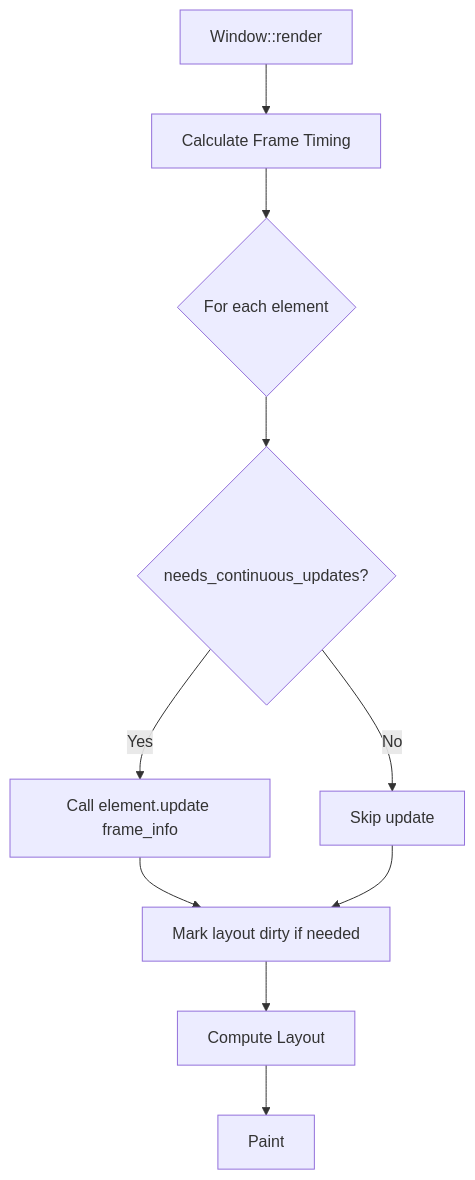
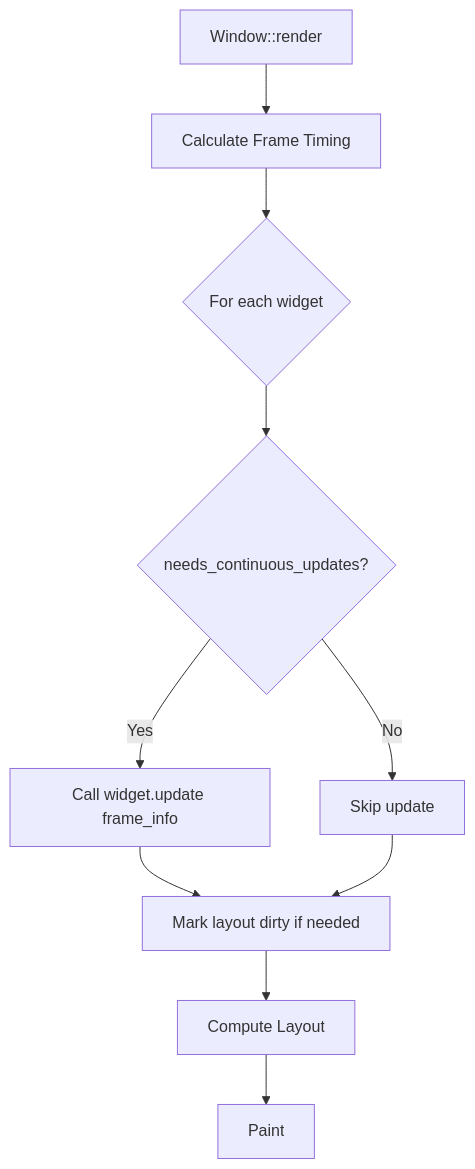
One commit to shi-yan/AssortedWidgets changed the third of 3 diagrams in ARCHITECTURE.md. Above: the diagram before and after it, drawn with Mermaid. The commit also changed other lines of this file and 2 other files, not shown here.

````diff
--- a/ARCHITECTURE.md
+++ b/ARCHITECTURE.md
@@ -233,12 +445,12 @@
 ```mermaid
 graph TD
     A[Window::render] --> B[Calculate Frame Timing]
-    B --> C{For each element}
+    B --> C{For each widget}
     C --> D{needs_continuous_updates?}
-    D -->|Yes| E[Call element.update frame_info]
+    D -->|Yes| E[Call widget.update frame_info]
     D -->|No| F[Skip update]
     E --> G[Mark layout dirty if needed]
     F --> G
     G --> H[Compute Layout]
     H --> I[Paint]
 ```
````
